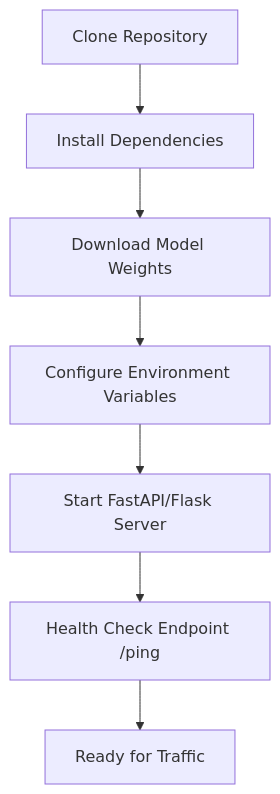
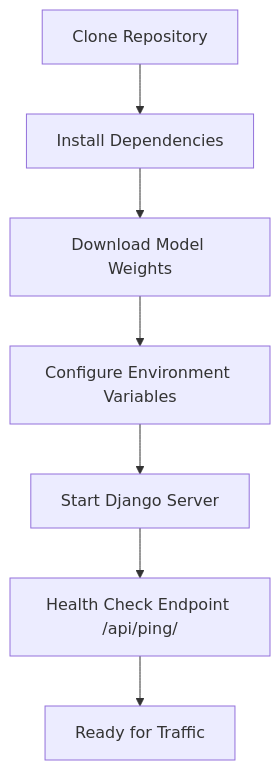
One commit to arththakkar1/signal-scope-web-app changed the diagram in doc/how-to/deploy-backend.md. Above: the diagram before and after it, drawn with Mermaid. The commit also changed other lines of this file and 7 other files, not shown here.

````diff
--- a/doc/how-to/deploy-backend.md
+++ b/doc/how-to/deploy-backend.md
@@ -7,9 +7,9 @@
 ```mermaid
 flowchart TD
     A[Clone Repository] --> B[Install Dependencies]
     B --> C[Download Model Weights]
     C --> D[Configure Environment Variables]
-    D --> E[Start FastAPI/Flask Server]
-    E --> F[Health Check Endpoint /ping]
+    D --> E[Start Django Server]
+    E --> F[Health Check Endpoint /api/ping/]
     F --> G[Ready for Traffic]
 ```
````
